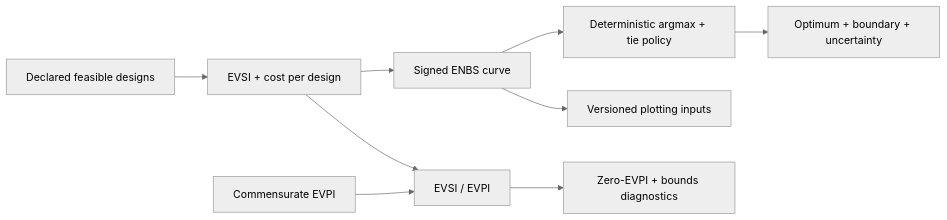
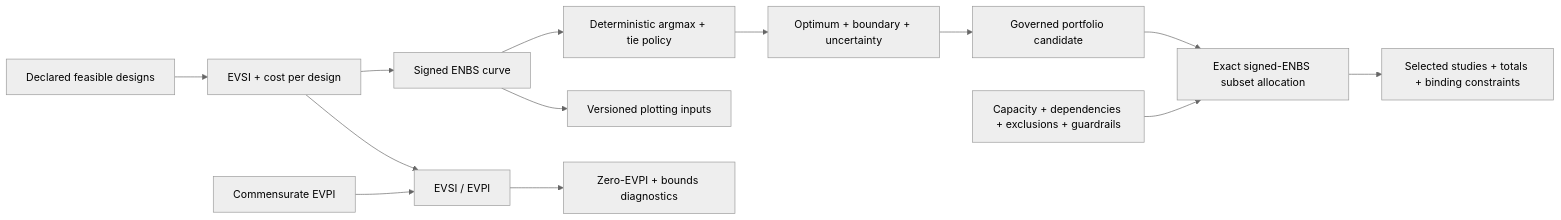
The diagram in conductor/tracks/study_design_efficiency_20260727/design.md (edithatogo/voiage), drawn with Mermaid (neutral theme) before and after one commit. The commit also changed 13 other files, not shown here.

````diff
--- a/conductor/tracks/study_design_efficiency_20260727/design.md
+++ b/conductor/tracks/study_design_efficiency_20260727/design.md
@@ -3,11 +3,15 @@
 ```mermaid
 flowchart LR
     Designs["Declared feasible designs"] --> Evaluate["EVSI + cost per design"]
     Evaluate --> Curve["Signed ENBS curve"]
     Curve --> Select["Deterministic argmax + tie policy"]
     Select --> Optimum["Optimum + boundary + uncertainty"]
     Curve --> Plot["Versioned plotting inputs"]
     EVPI["Commensurate EVPI"] --> Ratio["EVSI / EVPI"]
     Evaluate --> Ratio
     Ratio --> Guard["Zero-EVPI + bounds diagnostics"]
+    Optimum --> Candidate["Governed portfolio candidate"]
+    Candidate --> Portfolio["Exact signed-ENBS subset allocation"]
+    Constraints["Capacity + dependencies + exclusions + guardrails"] --> Portfolio
+    Portfolio --> Allocation["Selected studies + totals + binding constraints"]
 ```
````
